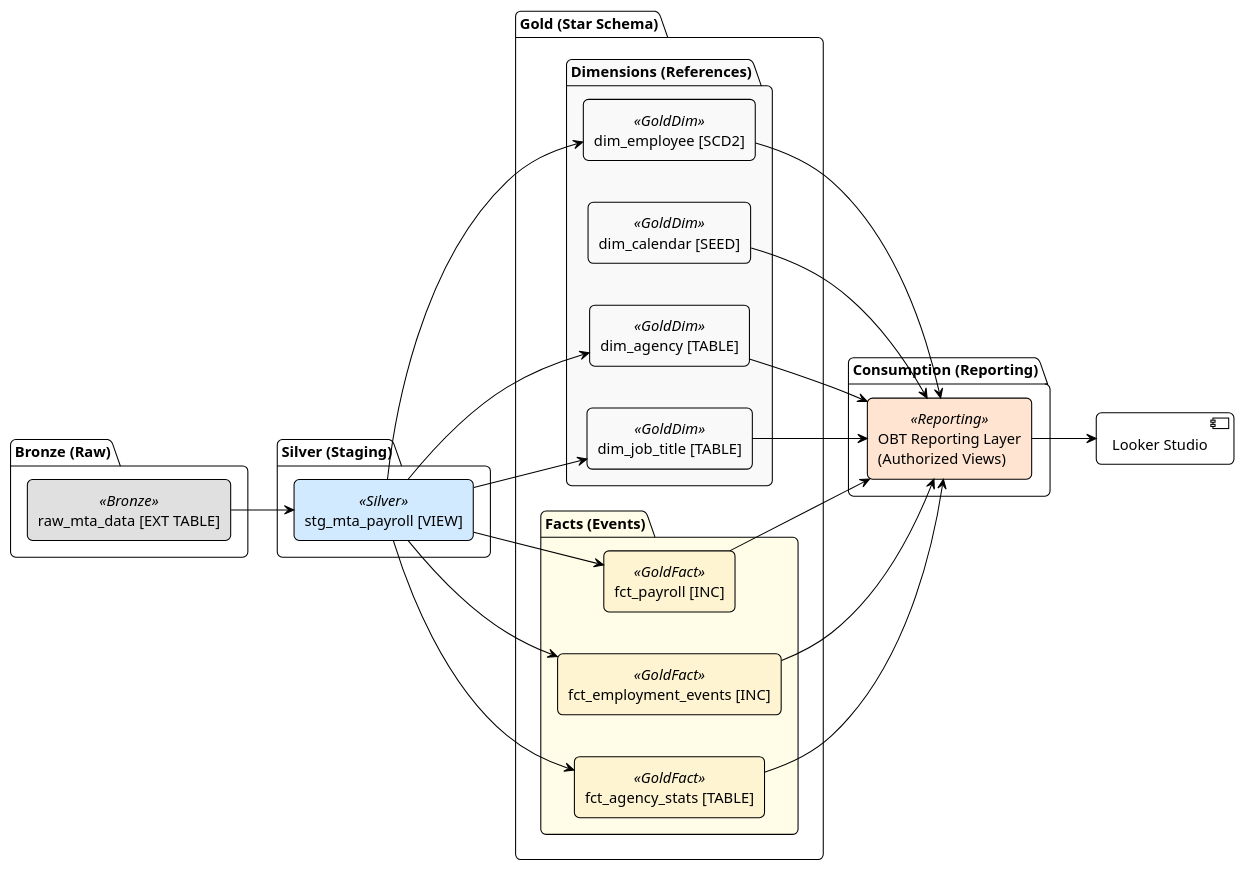
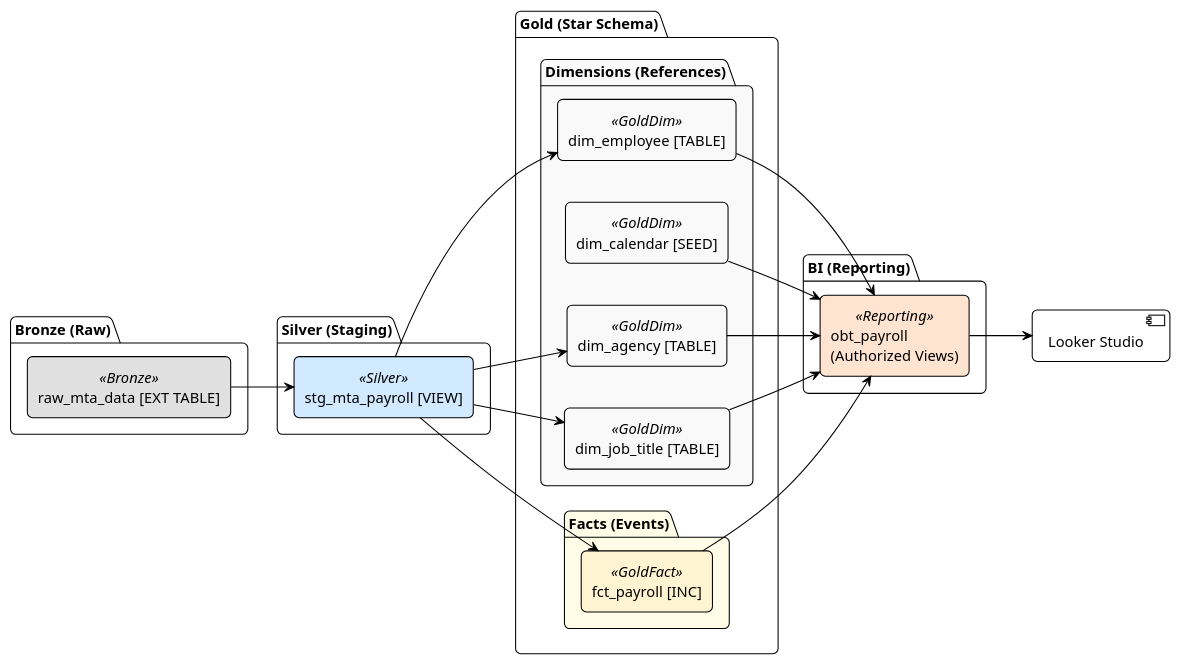
The diagram in documentation/diagrams/source_code/dbt_mta_materialization.puml (Kadiax/mta-payroll-nyc), drawn with PlantUML before and after one commit. The commit also changed 9 other files, not shown here.

Commit message:
docs: update erd (removed 2 stars schemas)

```diff
--- a/documentation/diagrams/source_code/dbt_mta_materialization.puml
+++ b/documentation/diagrams/source_code/dbt_mta_materialization.puml
@@ -1,66 +1,60 @@
 @startuml
 ' --- Configuration ---
 !theme plain
 left to right direction
 skinparam nodesep 40
 skinparam ranksep 60
 skinparam shadowing false
 skinparam RoundCorner 10
 
 ' --- Styling Definitions ---
 skinparam rectangle {
     BackgroundColor<<Bronze>> #E0E0E0
     BackgroundColor<<Silver>> #D1EAFF
     BackgroundColor<<GoldFact>> #FFF4D1
     BackgroundColor<<GoldDim>> #F9F9F9
     BackgroundColor<<Reporting>> #FFE5D1
 }
 
 ' --- Nodes ---
 package "Bronze (Raw)" {
     rectangle "raw_mta_data [EXT TABLE]" <<Bronze>> as B1
 }
 
 package "Silver (Staging)" {
     rectangle "stg_mta_payroll [VIEW]" <<Silver>> as S1
 }
 
 package "Gold (Star Schema)" {
     folder "Dimensions (References)" #F9F9F9 {
-        rectangle "dim_employee [SCD2]" <<GoldDim>> as G_DE
+        rectangle "dim_employee [TABLE]" <<GoldDim>> as G_DE
         rectangle "dim_calendar [SEED]" <<GoldDim>> as G_DC
         rectangle "dim_agency [TABLE]" <<GoldDim>> as G_DA
         rectangle "dim_job_title [TABLE]" <<GoldDim>> as G_DJ
     }
     
     folder "Facts (Events)" #FFFDE7 {
         rectangle "fct_payroll [INC]" <<GoldFact>> as G_FP
-        rectangle "fct_employment_events [INC]" <<GoldFact>> as G_FEE
-        rectangle "fct_agency_stats [TABLE]" <<GoldFact>> as G_FAS
     }
 }
 
-package "Consumption (Reporting)" {
-    rectangle "OBT Reporting Layer\n(Authorized Views)" <<Reporting>> as R_OBT
+package "BI (Reporting)" {
+    rectangle "obt_payroll\n(Authorized Views)" <<Reporting>> as R_OBT
 }
 
 ' --- Dependencies (Lineage) ---
 B1 --> S1
 S1 --> G_FP
-S1 --> G_FEE
-S1 --> G_FAS
 S1 --> G_DE
 S1 --> G_DA
 S1 --> G_DJ
 
 
 G_DE --> R_OBT
 G_DC --> R_OBT
 G_DA --> R_OBT
 G_DJ --> R_OBT
-G_FEE --> R_OBT
 G_FP --> R_OBT
-G_FAS --> R_OBT
 
 R_OBT --> [Looker Studio]
 @enduml
```
